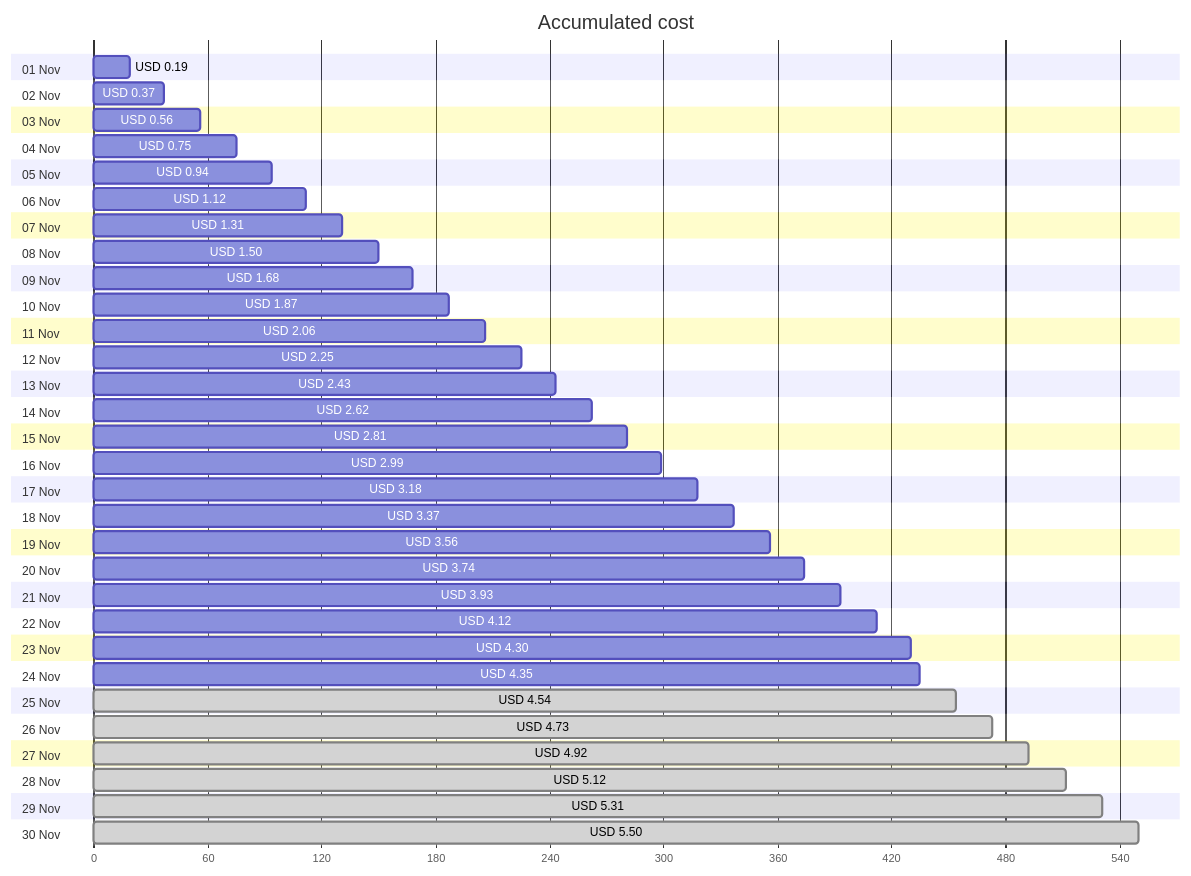
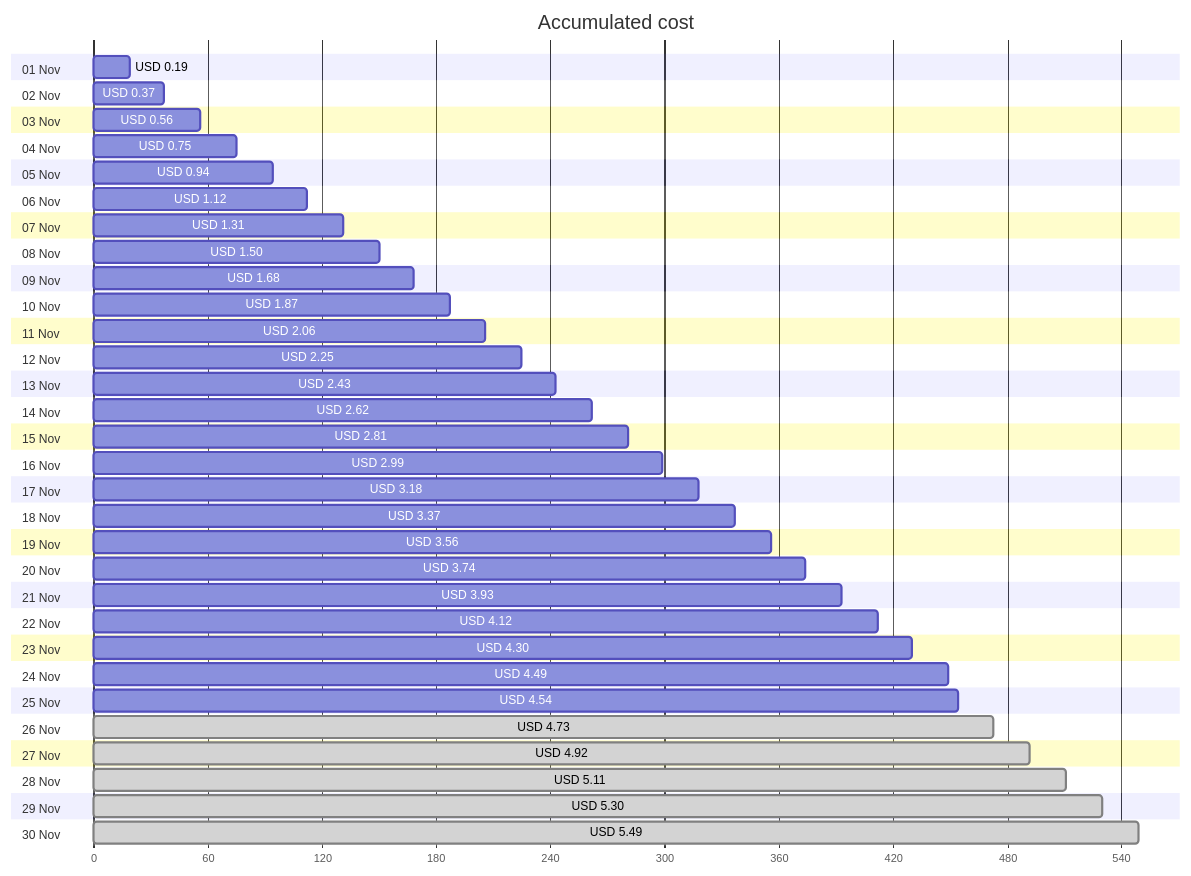
The first of 4 diagrams in cost-reports/personal-network/backup-server.md (jpfulton/azure-personal-reports), drawn with Mermaid before and after one commit. The commit also changed other lines of this file and 8 other files, not shown here.

````diff
--- a/cost-reports/personal-network/backup-server.md
+++ b/cost-reports/personal-network/backup-server.md
@@ -20,66 +20,66 @@
 ```mermaid
 gantt
    title Accumulated cost
    dateFormat  X
    axisFormat %s
    section 01 Nov
    USD 0.19 :0, 19
    section 02 Nov
    USD 0.37 :0, 37
    section 03 Nov
    USD 0.56 :0, 56
    section 04 Nov
    USD 0.75 :0, 75
    section 05 Nov
    USD 0.94 :0, 94
    section 06 Nov
    USD 1.12 :0, 112
    section 07 Nov
    USD 1.31 :0, 131
    section 08 Nov
    USD 1.50 :0, 150
    section 09 Nov
    USD 1.68 :0, 168
    section 10 Nov
    USD 1.87 :0, 187
    section 11 Nov
    USD 2.06 :0, 206
    section 12 Nov
    USD 2.25 :0, 225
    section 13 Nov
    USD 2.43 :0, 243
    section 14 Nov
    USD 2.62 :0, 262
    section 15 Nov
    USD 2.81 :0, 281
    section 16 Nov
    USD 2.99 :0, 299
    section 17 Nov
    USD 3.18 :0, 318
    section 18 Nov
    USD 3.37 :0, 337
    section 19 Nov
    USD 3.56 :0, 356
    section 20 Nov
    USD 3.74 :0, 374
    section 21 Nov
    USD 3.93 :0, 393
    section 22 Nov
    USD 4.12 :0, 412
    section 23 Nov
    USD 4.30 :0, 430
    section 24 Nov
-   USD 4.35 :0, 435
+   USD 4.49 :0, 449
    section 25 Nov
-   USD 4.54 : done, 0, 454
+   USD 4.54 :0, 454
    section 26 Nov
    USD 4.73 : done, 0, 473
    section 27 Nov
    USD 4.92 : done, 0, 492
    section 28 Nov
-   USD 5.12 : done, 0, 512
+   USD 5.11 : done, 0, 511
    section 29 Nov
-   USD 5.31 : done, 0, 531
+   USD 5.30 : done, 0, 530
    section 30 Nov
-   USD 5.50 : done, 0, 550
+   USD 5.49 : done, 0, 549
 ```
````
